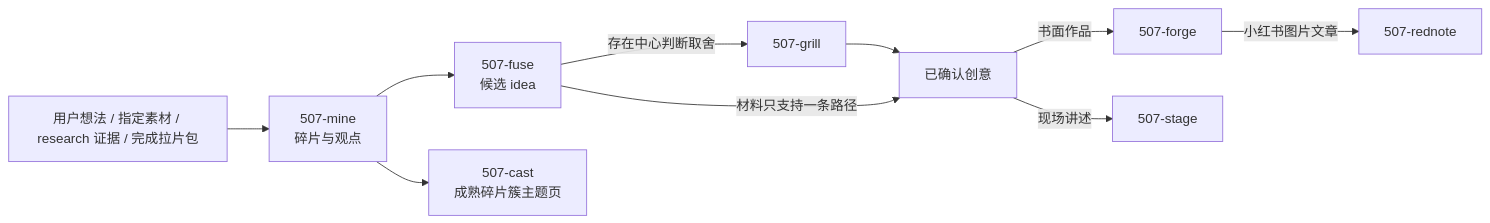
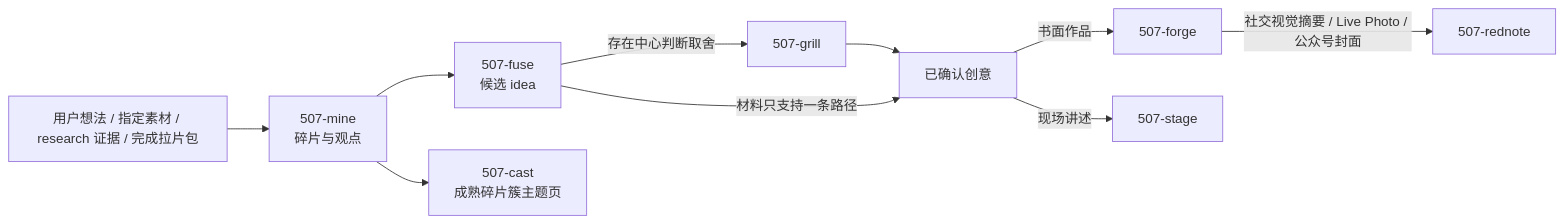
One commit to ssdiwu/507-skills changed the first of 3 diagrams in write/README.md. Above: the diagram before and after it, drawn with Mermaid. The commit also changed other lines of this file and 21 other files, not shown here.

First line of the commit message:
feat(rednote): 视觉摘要、双视觉系统、动态图片槽与公众号封面对

````diff
--- a/write/README.md
+++ b/write/README.md
@@ -11,12 +11,12 @@
 ```mermaid
 flowchart LR
     source["用户想法 / 指定素材 / research 证据 / 完成拉片包"] --> mine["507-mine<br/>碎片与观点"]
     mine --> fuse["507-fuse<br/>候选 idea"]
     mine --> cast["507-cast<br/>成熟碎片簇主题页"]
     fuse -->|"存在中心判断取舍"| grill["507-grill"]
     grill --> selected["已确认创意"]
     fuse -->|"材料只支持一条路径"| selected
     selected -->|"书面作品"| forge["507-forge"]
     selected -->|"现场讲述"| stage["507-stage"]
-    forge -->|"小红书图片文章"| rednote["507-rednote"]
+    forge -->|"社交视觉摘要 / Live Photo / 公众号封面"| rednote["507-rednote"]
 ```
````
